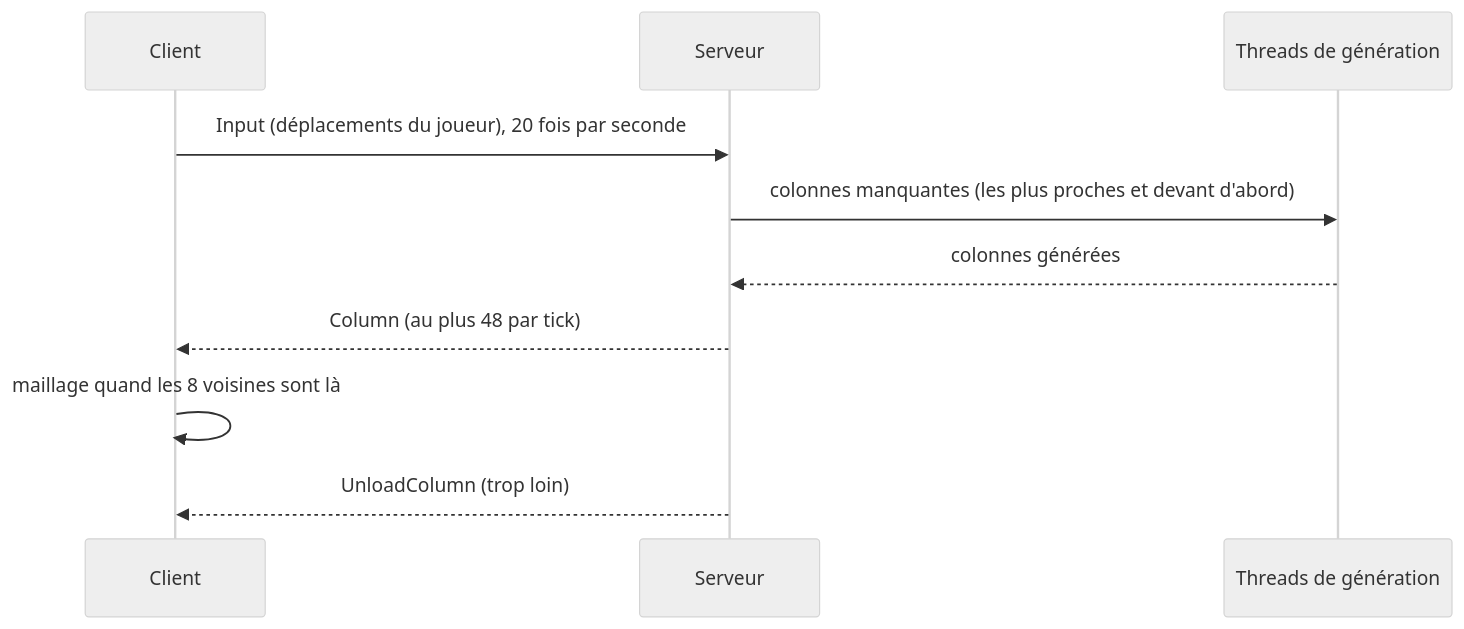
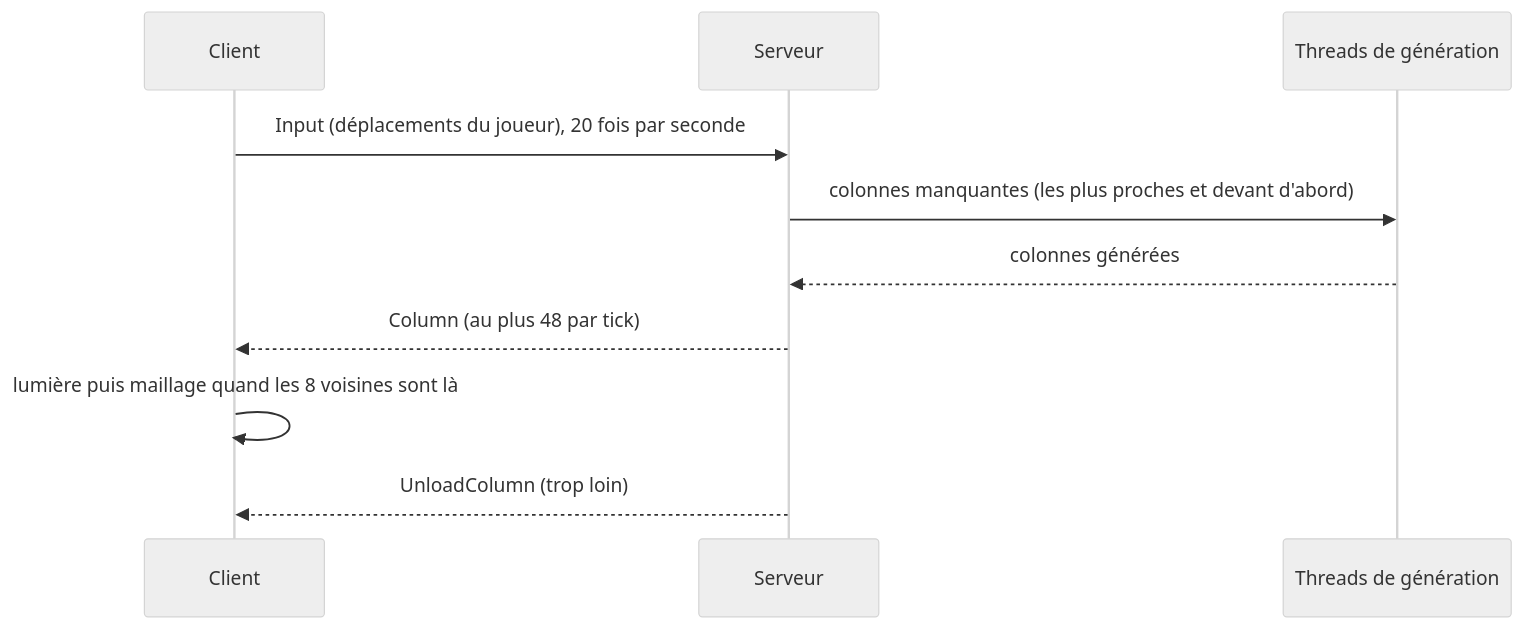
The diagram in docs/explications/monde-infini.md (SinfulDice/strata-mundi), drawn with Mermaid (neutral theme) before and after one commit. The commit also changed other lines of this file and 4 other files, not shown here.

````diff
--- a/docs/explications/monde-infini.md
+++ b/docs/explications/monde-infini.md
@@ -9,12 +9,12 @@
 ```mermaid
 sequenceDiagram
     participant C as Client
     participant S as Serveur
     participant G as Threads de génération
     C->>S: Input (déplacements du joueur), 20 fois par seconde
     S->>G: colonnes manquantes (les plus proches et devant d'abord)
     G-->>S: colonnes générées
     S-->>C: Column (au plus 48 par tick)
-    C->>C: maillage quand les 8 voisines sont là
+    C->>C: lumière puis maillage quand les 8 voisines sont là
     S-->>C: UnloadColumn (trop loin)
 ```
````
